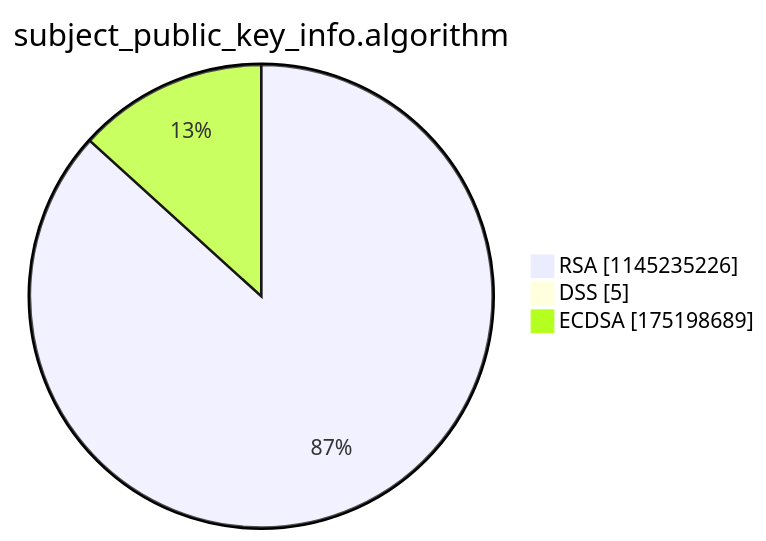
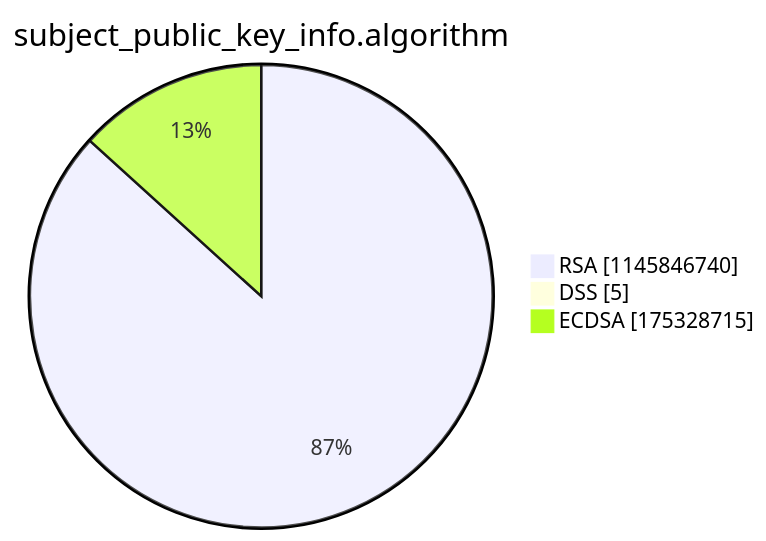
Before and after one commit to christiankrug/ctmonitor_visualization: the third of 15 diagrams in argon2022/README.md, drawn with Mermaid. The commit also changed other lines of this file, not shown here.

````diff
--- a/argon2022/README.md
+++ b/argon2022/README.md
@@ -14,7 +14,7 @@
 ```mermaid
 pie showData
 title subject_public_key_info.algorithm
-"RSA" :1145235226
+"RSA" :1145846740
 "DSS" :5
-"ECDSA" :175198689
+"ECDSA" :175328715
 ```
````
